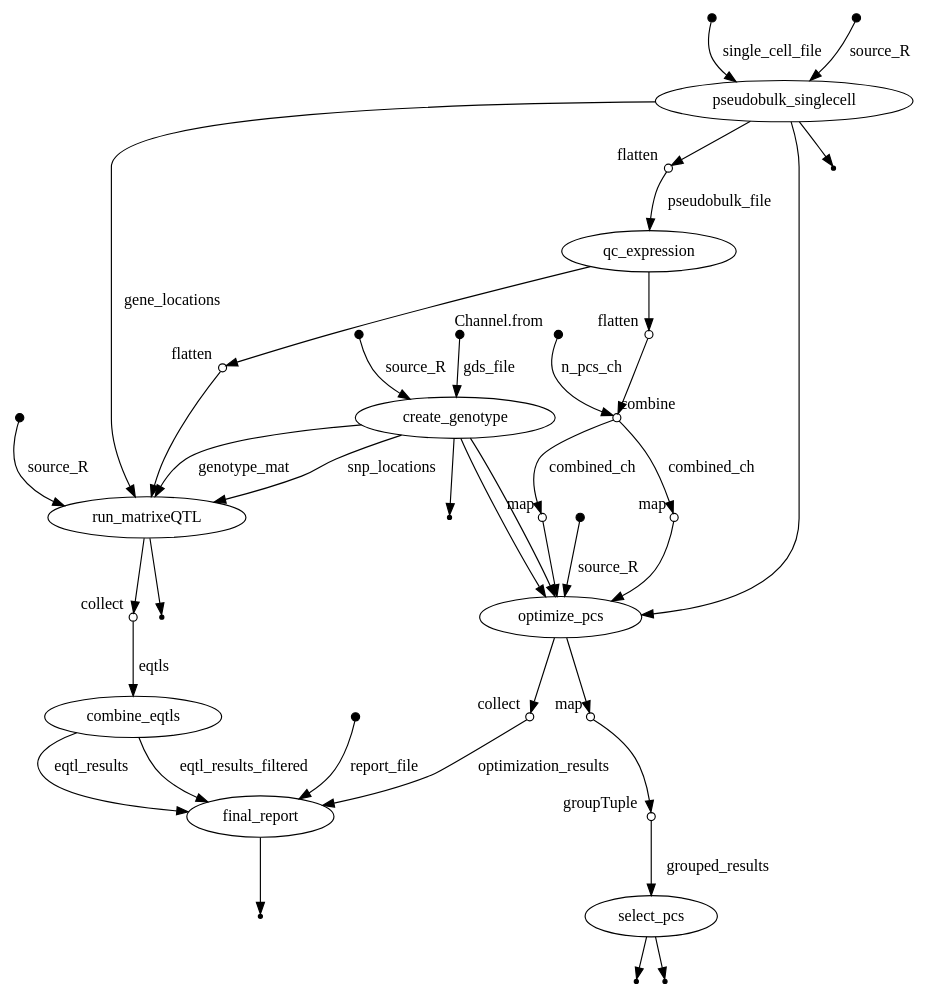
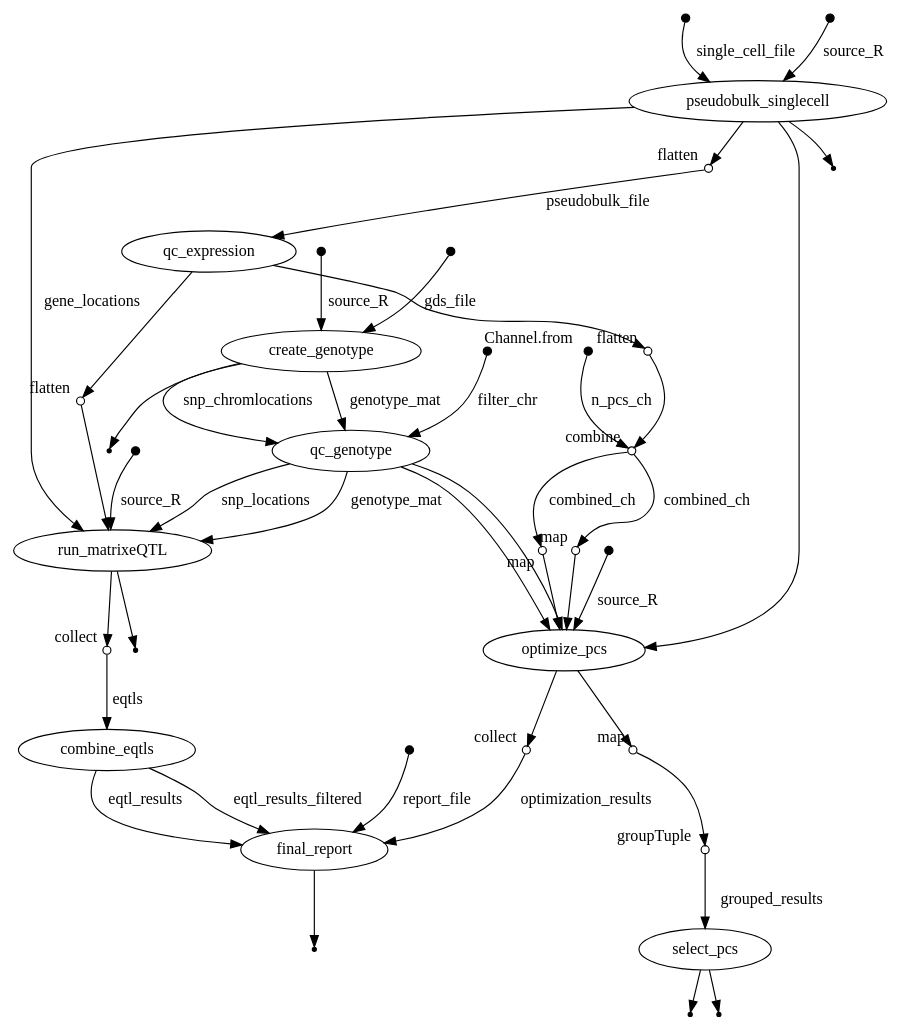
One commit to johnsonlab-ic/sceQTL-flow changed the diagram in pipeline_dag.dot. Above: the diagram before and after it, drawn with Graphviz. The commit also changed 2 other files, not shown here.

Commit message:
update config qc_genotype

```diff
--- a/pipeline_dag.dot
+++ b/pipeline_dag.dot
@@ -1,158 +1,170 @@
 digraph "pipeline_dag" {
 v0 [shape=point,label="",fixedsize=true,width=0.1];
 v2 [label="create_genotype"];
 v0 -> v2 [label="gds_file"];
 
 v1 [shape=point,label="",fixedsize=true,width=0.1];
 v2 [label="create_genotype"];
 v1 -> v2 [label="source_R"];
 
 v2 [label="create_genotype"];
-v16 [label="optimize_pcs"];
-v2 -> v16;
+v5 [label="qc_genotype"];
+v2 -> v5 [label="genotype_mat"];
 
 v2 [label="create_genotype"];
-v16 [label="optimize_pcs"];
-v2 -> v16;
+v5 [label="qc_genotype"];
+v2 -> v5 [label="snp_chromlocations"];
 
 v2 [label="create_genotype"];
 v3 [shape=point];
 v2 -> v3;
 
 v4 [shape=point,label="",fixedsize=true,width=0.1];
-v6 [label="pseudobulk_singlecell"];
-v4 -> v6 [label="single_cell_file"];
+v5 [label="qc_genotype"];
+v4 -> v5 [label="filter_chr"];
 
-v5 [shape=point,label="",fixedsize=true,width=0.1];
-v6 [label="pseudobulk_singlecell"];
-v5 -> v6 [label="source_R"];
+v5 [label="qc_genotype"];
+v18 [label="optimize_pcs"];
+v5 -> v18;
 
-v6 [label="pseudobulk_singlecell"];
-v7 [shape=point];
-v6 -> v7;
+v5 [label="qc_genotype"];
+v18 [label="optimize_pcs"];
+v5 -> v18;
 
-v6 [label="pseudobulk_singlecell"];
-v8 [shape=circle,label="",fixedsize=true,width=0.1,xlabel="flatten"];
-v6 -> v8;
+v6 [shape=point,label="",fixedsize=true,width=0.1];
+v8 [label="pseudobulk_singlecell"];
+v6 -> v8 [label="single_cell_file"];
 
-v6 [label="pseudobulk_singlecell"];
-v16 [label="optimize_pcs"];
-v6 -> v16;
+v7 [shape=point,label="",fixedsize=true,width=0.1];
+v8 [label="pseudobulk_singlecell"];
+v7 -> v8 [label="source_R"];
 
-v8 [shape=circle,label="",fixedsize=true,width=0.1,xlabel="flatten"];
-v9 [label="qc_expression"];
-v8 -> v9 [label="pseudobulk_file"];
+v8 [label="pseudobulk_singlecell"];
+v9 [shape=point];
+v8 -> v9;
 
-v9 [label="qc_expression"];
-v11 [shape=circle,label="",fixedsize=true,width=0.1,xlabel="flatten"];
-v9 -> v11;
+v8 [label="pseudobulk_singlecell"];
+v10 [shape=circle,label="",fixedsize=true,width=0.1,xlabel="flatten"];
+v8 -> v10;
 
-v10 [shape=point,label="",fixedsize=true,width=0.1,xlabel="Channel.from"];
-v12 [shape=circle,label="",fixedsize=true,width=0.1,xlabel="combine"];
-v10 -> v12 [label="n_pcs_ch"];
+v8 [label="pseudobulk_singlecell"];
+v18 [label="optimize_pcs"];
+v8 -> v18;
 
-v11 [shape=circle,label="",fixedsize=true,width=0.1,xlabel="flatten"];
-v12 [shape=circle,label="",fixedsize=true,width=0.1,xlabel="combine"];
-v11 -> v12;
+v10 [shape=circle,label="",fixedsize=true,width=0.1,xlabel="flatten"];
+v11 [label="qc_expression"];
+v10 -> v11 [label="pseudobulk_file"];
 
-v12 [shape=circle,label="",fixedsize=true,width=0.1,xlabel="combine"];
-v13 [shape=circle,label="",fixedsize=true,width=0.1,xlabel="map"];
-v12 -> v13 [label="combined_ch"];
+v11 [label="qc_expression"];
+v13 [shape=circle,label="",fixedsize=true,width=0.1,xlabel="flatten"];
+v11 -> v13;
 
-v13 [shape=circle,label="",fixedsize=true,width=0.1,xlabel="map"];
-v16 [label="optimize_pcs"];
-v13 -> v16;
+v12 [shape=point,label="",fixedsize=true,width=0.1,xlabel="Channel.from"];
+v14 [shape=circle,label="",fixedsize=true,width=0.1,xlabel="combine"];
+v12 -> v14 [label="n_pcs_ch"];
 
-v12 [shape=circle,label="",fixedsize=true,width=0.1,xlabel="combine"];
-v14 [shape=circle,label="",fixedsize=true,width=0.1,xlabel="map"];
-v12 -> v14 [label="combined_ch"];
+v13 [shape=circle,label="",fixedsize=true,width=0.1,xlabel="flatten"];
+v14 [shape=circle,label="",fixedsize=true,width=0.1,xlabel="combine"];
+v13 -> v14;
 
-v14 [shape=circle,label="",fixedsize=true,width=0.1,xlabel="map"];
-v16 [label="optimize_pcs"];
-v14 -> v16;
+v14 [shape=circle,label="",fixedsize=true,width=0.1,xlabel="combine"];
+v15 [shape=circle,label="",fixedsize=true,width=0.1,xlabel="map"];
+v14 -> v15 [label="combined_ch"];
 
-v15 [shape=point,label="",fixedsize=true,width=0.1];
-v16 [label="optimize_pcs"];
-v15 -> v16 [label="source_R"];
+v15 [shape=circle,label="",fixedsize=true,width=0.1,xlabel="map"];
+v18 [label="optimize_pcs"];
+v15 -> v18;
 
-v16 [label="optimize_pcs"];
-v17 [shape=circle,label="",fixedsize=true,width=0.1,xlabel="map"];
-v16 -> v17;
+v14 [shape=circle,label="",fixedsize=true,width=0.1,xlabel="combine"];
+v16 [shape=circle,label="",fixedsize=true,width=0.1,xlabel="map"];
+v14 -> v16 [label="combined_ch"];
 
-v17 [shape=circle,label="",fixedsize=true,width=0.1,xlabel="map"];
-v18 [shape=circle,label="",fixedsize=true,width=0.1,xlabel="groupTuple"];
-v17 -> v18;
+v16 [shape=circle,label="",fixedsize=true,width=0.1,xlabel="map"];
+v18 [label="optimize_pcs"];
+v16 -> v18;
 
-v18 [shape=circle,label="",fixedsize=true,width=0.1,xlabel="groupTuple"];
-v19 [label="select_pcs"];
-v18 -> v19 [label="grouped_results"];
+v17 [shape=point,label="",fixedsize=true,width=0.1];
+v18 [label="optimize_pcs"];
+v17 -> v18 [label="source_R"];
 
-v19 [label="select_pcs"];
-v21 [shape=point];
-v19 -> v21;
+v18 [label="optimize_pcs"];
+v19 [shape=circle,label="",fixedsize=true,width=0.1,xlabel="map"];
+v18 -> v19;
 
-v19 [label="select_pcs"];
-v20 [shape=point];
+v19 [shape=circle,label="",fixedsize=true,width=0.1,xlabel="map"];
+v20 [shape=circle,label="",fixedsize=true,width=0.1,xlabel="groupTuple"];
 v19 -> v20;
 
-v16 [label="optimize_pcs"];
-v22 [shape=circle,label="",fixedsize=true,width=0.1,xlabel="collect"];
-v16 -> v22;
+v20 [shape=circle,label="",fixedsize=true,width=0.1,xlabel="groupTuple"];
+v21 [label="select_pcs"];
+v20 -> v21 [label="grouped_results"];
 
-v22 [shape=circle,label="",fixedsize=true,width=0.1,xlabel="collect"];
-v30 [label="final_report"];
-v22 -> v30 [label="optimization_results"];
+v21 [label="select_pcs"];
+v23 [shape=point];
+v21 -> v23;
 
-v9 [label="qc_expression"];
-v23 [shape=circle,label="",fixedsize=true,width=0.1,xlabel="flatten"];
-v9 -> v23;
+v21 [label="select_pcs"];
+v22 [shape=point];
+v21 -> v22;
 
-v23 [shape=circle,label="",fixedsize=true,width=0.1,xlabel="flatten"];
-v25 [label="run_matrixeQTL"];
-v23 -> v25;
+v18 [label="optimize_pcs"];
+v24 [shape=circle,label="",fixedsize=true,width=0.1,xlabel="collect"];
+v18 -> v24;
 
-v24 [shape=point,label="",fixedsize=true,width=0.1];
-v25 [label="run_matrixeQTL"];
-v24 -> v25 [label="source_R"];
+v24 [shape=circle,label="",fixedsize=true,width=0.1,xlabel="collect"];
+v32 [label="final_report"];
+v24 -> v32 [label="optimization_results"];
 
-v2 [label="create_genotype"];
-v25 [label="run_matrixeQTL"];
-v2 -> v25 [label="genotype_mat"];
+v11 [label="qc_expression"];
+v25 [shape=circle,label="",fixedsize=true,width=0.1,xlabel="flatten"];
+v11 -> v25;
 
-v2 [label="create_genotype"];
-v25 [label="run_matrixeQTL"];
-v2 -> v25 [label="snp_locations"];
-
-v6 [label="pseudobulk_singlecell"];
-v25 [label="run_matrixeQTL"];
-v6 -> v25 [label="gene_locations"];
-
-v25 [label="run_matrixeQTL"];
-v27 [shape=circle,label="",fixedsize=true,width=0.1,xlabel="collect"];
+v25 [shape=circle,label="",fixedsize=true,width=0.1,xlabel="flatten"];
+v27 [label="run_matrixeQTL"];
 v25 -> v27;
 
-v25 [label="run_matrixeQTL"];
-v26 [shape=point];
-v25 -> v26;
+v26 [shape=point,label="",fixedsize=true,width=0.1];
+v27 [label="run_matrixeQTL"];
+v26 -> v27 [label="source_R"];
 
-v27 [shape=circle,label="",fixedsize=true,width=0.1,xlabel="collect"];
-v28 [label="combine_eqtls"];
-v27 -> v28 [label="eqtls"];
+v5 [label="qc_genotype"];
+v27 [label="run_matrixeQTL"];
+v5 -> v27 [label="genotype_mat"];
 
-v28 [label="combine_eqtls"];
-v30 [label="final_report"];
-v28 -> v30 [label="eqtl_results"];
+v5 [label="qc_genotype"];
+v27 [label="run_matrixeQTL"];
+v5 -> v27 [label="snp_locations"];
 
-v28 [label="combine_eqtls"];
-v30 [label="final_report"];
-v28 -> v30 [label="eqtl_results_filtered"];
+v8 [label="pseudobulk_singlecell"];
+v27 [label="run_matrixeQTL"];
+v8 -> v27 [label="gene_locations"];
 
-v29 [shape=point,label="",fixedsize=true,width=0.1];
-v30 [label="final_report"];
-v29 -> v30 [label="report_file"];
+v27 [label="run_matrixeQTL"];
+v29 [shape=circle,label="",fixedsize=true,width=0.1,xlabel="collect"];
+v27 -> v29;
 
-v30 [label="final_report"];
-v31 [shape=point];
-v30 -> v31;
+v27 [label="run_matrixeQTL"];
+v28 [shape=point];
+v27 -> v28;
+
+v29 [shape=circle,label="",fixedsize=true,width=0.1,xlabel="collect"];
+v30 [label="combine_eqtls"];
+v29 -> v30 [label="eqtls"];
+
+v30 [label="combine_eqtls"];
+v32 [label="final_report"];
+v30 -> v32 [label="eqtl_results"];
+
+v30 [label="combine_eqtls"];
+v32 [label="final_report"];
+v30 -> v32 [label="eqtl_results_filtered"];
+
+v31 [shape=point,label="",fixedsize=true,width=0.1];
+v32 [label="final_report"];
+v31 -> v32 [label="report_file"];
+
+v32 [label="final_report"];
+v33 [shape=point];
+v32 -> v33;
 
 }
```
